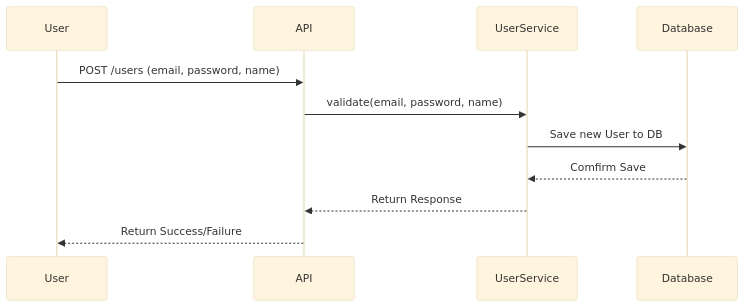
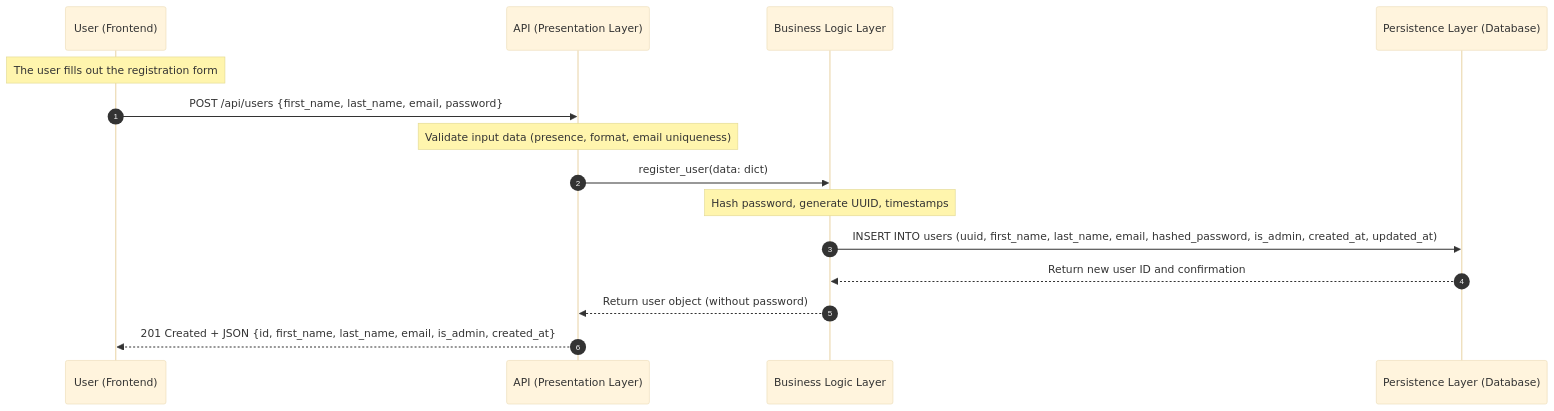
Before and after one commit to Roullito/holbertonschool-hbnb: the first of 4 diagrams in part1/2_Sequence_Diagrams.md, drawn with Mermaid (base theme). The commit also changed other lines of this file, not shown here.

Commit message:
refactor: update sequence diagrams for API calls with detailed descriptions and improved structure

````diff
--- a/part1/2_Sequence_Diagrams.md
+++ b/part1/2_Sequence_Diagrams.md
@@ -8,15 +13,21 @@
 ```mermaid
 sequenceDiagram
-    participant User
-    participant API
-    participant UserService
-    participant Database
+    autonumber
+    participant Client as User (Frontend)
+    participant API as API (Presentation Layer)
+    participant Logic as Business Logic Layer
+    participant DB as Persistence Layer (Database)
 
-    User->>API: POST /users (email, password, name)
-    API->>UserService: validate(email, password, name)
-    UserService->>Database: Save new User to DB
-    Database-->>UserService: Comfirm Save
-    UserService-->>API: Return Response
-	API-->>User: Return Success/Failure
+    Note over Client: The user fills out the registration form
+    Client->>API: POST /api/users {first_name, last_name, email, password}
 
+    Note over API: Validate input data (presence, format, email uniqueness)
+    API->>Logic: register_user(data: dict)
+
+    Note over Logic: Hash password, generate UUID, timestamps
+    Logic->>DB: INSERT INTO users (uuid, first_name, last_name, email, hashed_password, is_admin, created_at, updated_at)
+
+    DB-->>Logic: Return new user ID and confirmation
+    Logic-->>API: Return user object (without password)
+    API-->>Client: 201 Created + JSON {id, first_name, last_name, email, is_admin, created_at}
 ```
````
